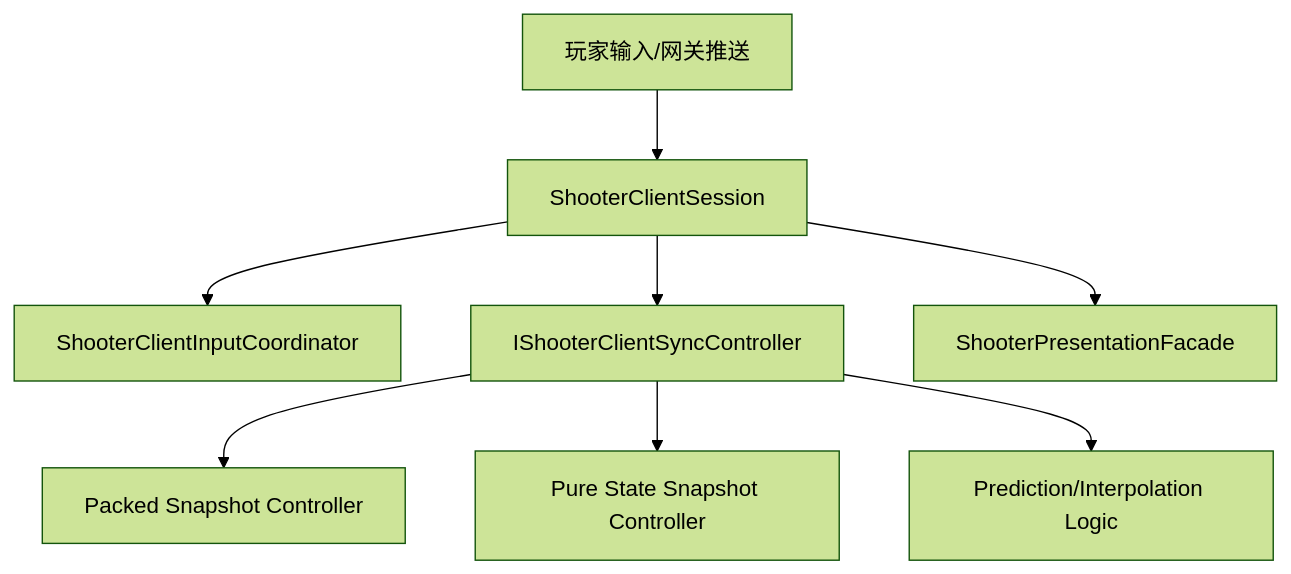
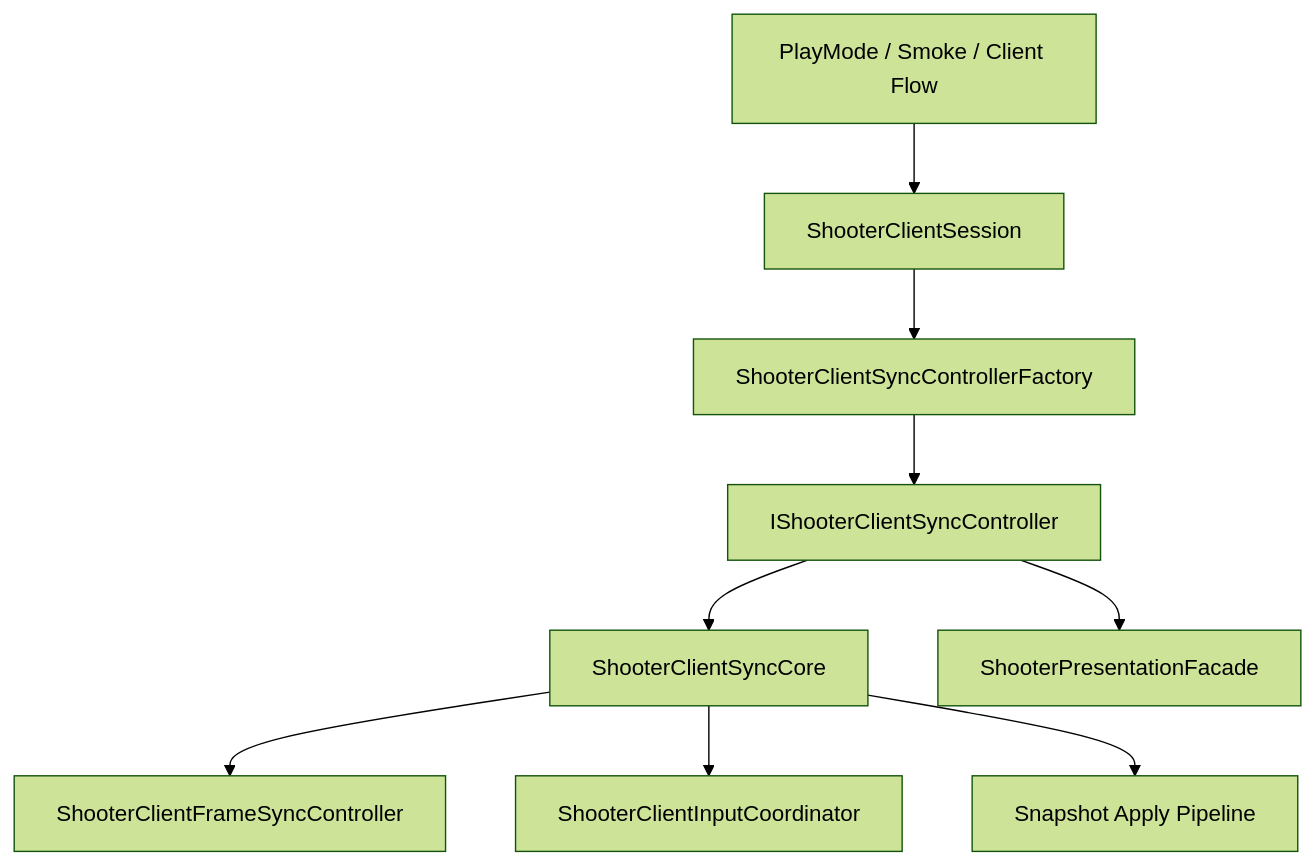
The first of 6 diagrams in Docs/design/09-ImplementationExamples/Shooter/04-ClientSyncStrategies.md (Kurumioi/AbilityKit), drawn with Mermaid (forest theme) before and after one commit. The commit also changed other lines of this file and 118 other files, not shown here.

````diff
--- a/Docs/design/09-ImplementationExamples/Shooter/04-ClientSyncStrategies.md
+++ b/Docs/design/09-ImplementationExamples/Shooter/04-ClientSyncStrategies.md
@@ -31,10 +33,11 @@
 ```mermaid
 flowchart TD
-    A[玩家输入/网关推送] --> B[ShooterClientSession]
-    B --> C[ShooterClientInputCoordinator]
-    B --> D[IShooterClientSyncController]
-    D --> E[Packed Snapshot Controller]
-    D --> F[Pure State Snapshot Controller]
-    D --> G[Prediction/Interpolation Logic]
-    B --> H[ShooterPresentationFacade]
+    Caller[PlayMode / Smoke / Client Flow] --> Session[ShooterClientSession]
+    Session --> Factory[ShooterClientSyncControllerFactory]
+    Factory --> Strategy[IShooterClientSyncController]
+    Strategy --> Core[ShooterClientSyncCore]
+    Core --> FrameSync[ShooterClientFrameSyncController]
+    Core --> Input[ShooterClientInputCoordinator]
+    Core --> Snapshot[Snapshot Apply Pipeline]
+    Strategy --> Presentation[ShooterPresentationFacade]
 ```
````
